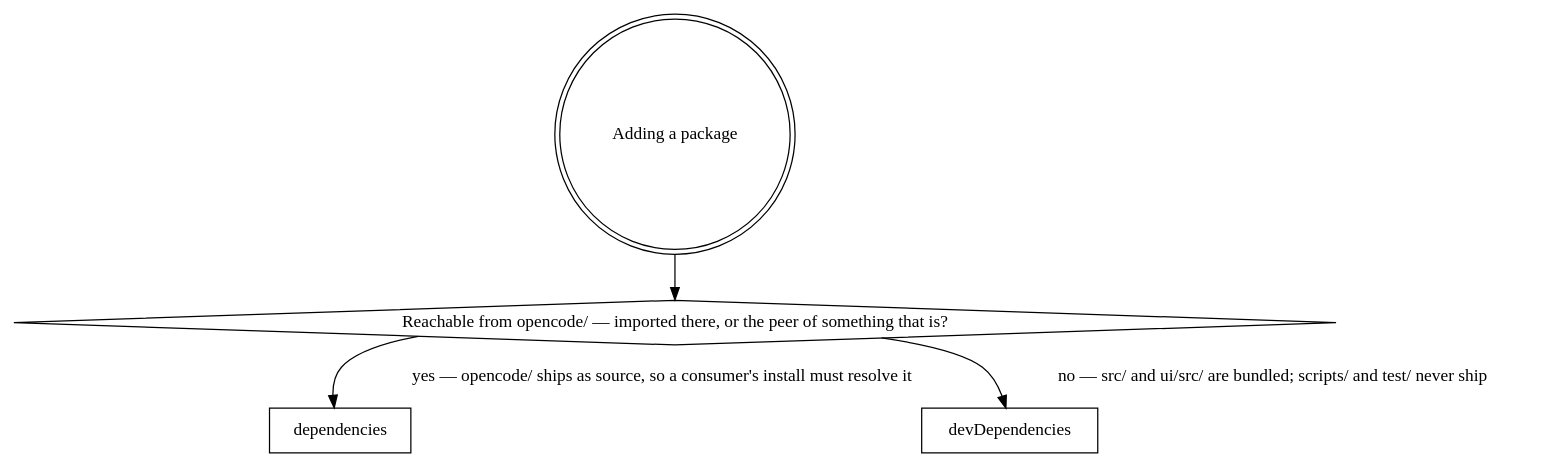
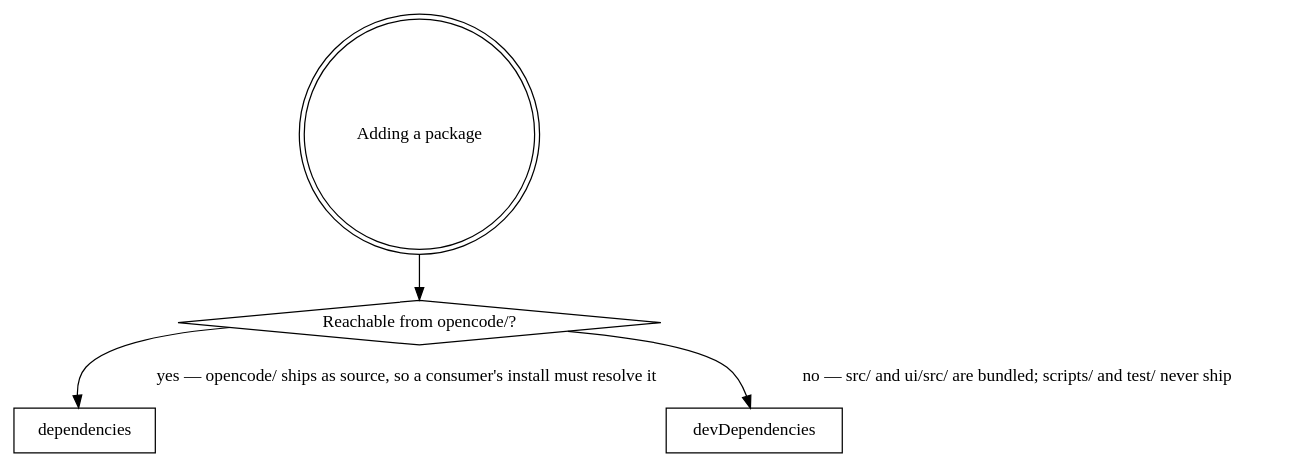
The diagram in doc/agents/dependency-rules.md (macintacos/caret), drawn with Graphviz before and after one commit. The commit also changed other lines of this file and 1 other file, not shown here.

````diff
--- a/doc/agents/dependency-rules.md
+++ b/doc/agents/dependency-rules.md
@@ -32,12 +37,12 @@
 ```graphviz
 digraph caret_dependency_placement {
     "Adding a package" [shape=doublecircle];
-    "Reachable from opencode/ — imported there, or the peer of something that is?" [shape=diamond];
+    "Reachable from opencode/?" [shape=diamond];
     "dependencies" [shape=box];
     "devDependencies" [shape=box];
 
-    "Adding a package" -> "Reachable from opencode/ — imported there, or the peer of something that is?";
-    "Reachable from opencode/ — imported there, or the peer of something that is?" -> "dependencies" [label="yes — opencode/ ships as source, so a consumer's install must resolve it"];
-    "Reachable from opencode/ — imported there, or the peer of something that is?" -> "devDependencies" [label="no — src/ and ui/src/ are bundled; scripts/ and test/ never ship"];
+    "Adding a package" -> "Reachable from opencode/?";
+    "Reachable from opencode/?" -> "dependencies" [label="yes — opencode/ ships as source, so a consumer's install must resolve it"];
+    "Reachable from opencode/?" -> "devDependencies" [label="no — src/ and ui/src/ are bundled; scripts/ and test/ never ship"];
 }
 ```
````
